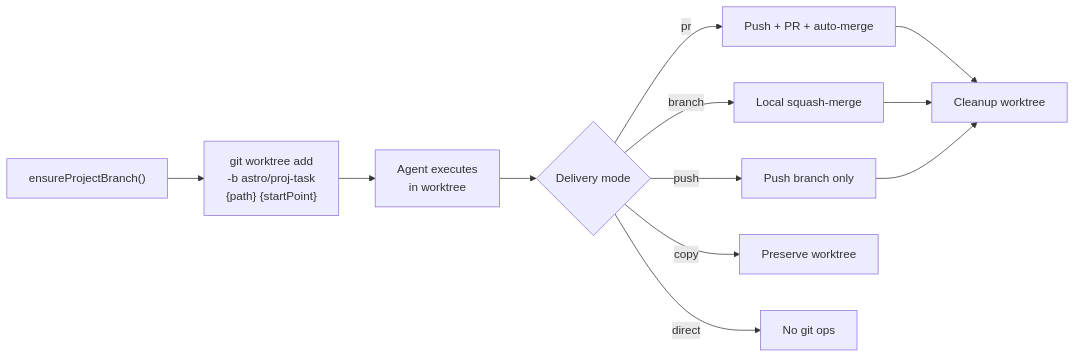
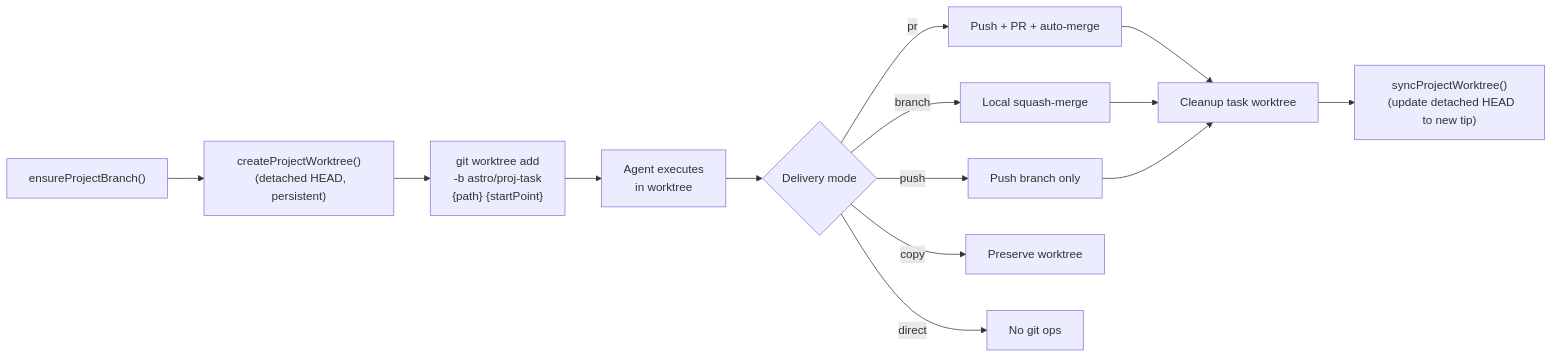
One commit to fuxialexander/astro changed the eighth of 9 diagrams in docs/design/GITHUB_WORKFLOW.md. Above: the diagram before and after it, drawn with Mermaid. The commit also changed other lines of this file and 3 other files, not shown here.

First line of the commit message:
feat: project worktree path in completion messages + path highlighting

````diff
--- a/docs/design/GITHUB_WORKFLOW.md
+++ b/docs/design/GITHUB_WORKFLOW.md
@@ -409,17 +409,21 @@
 ```mermaid
 flowchart LR
-  A["ensureProjectBranch()"] --> B["git worktree add
+  A["ensureProjectBranch()"] --> A2["createProjectWorktree()
+  (detached HEAD, persistent)"]
+  A2 --> B["git worktree add
   -b astro/proj-task
   {path} {startPoint}"]
   B --> C["Agent executes
   in worktree"]
   C --> D{"Delivery mode"}
   D -->|pr| E["Push + PR + auto-merge"]
   D -->|branch| F["Local squash-merge"]
   D -->|push| G["Push branch only"]
   D -->|copy| H["Preserve worktree"]
   D -->|direct| I["No git ops"]
-  E --> J["Cleanup worktree"]
+  E --> J["Cleanup task worktree"]
   F --> J
   G --> J
+  J --> K["syncProjectWorktree()
+  (update detached HEAD to new tip)"]
 ```
````
